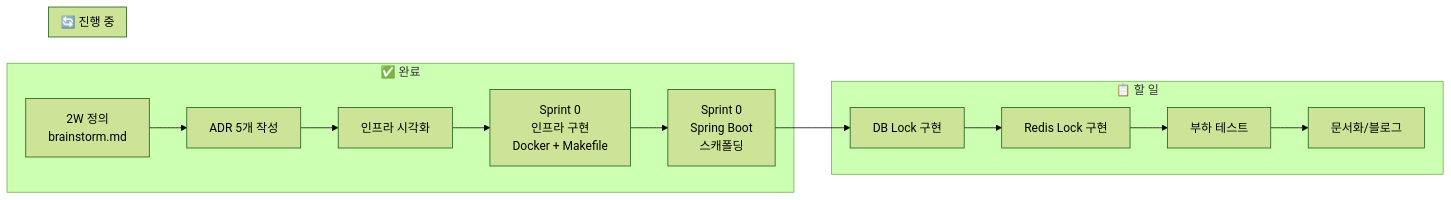
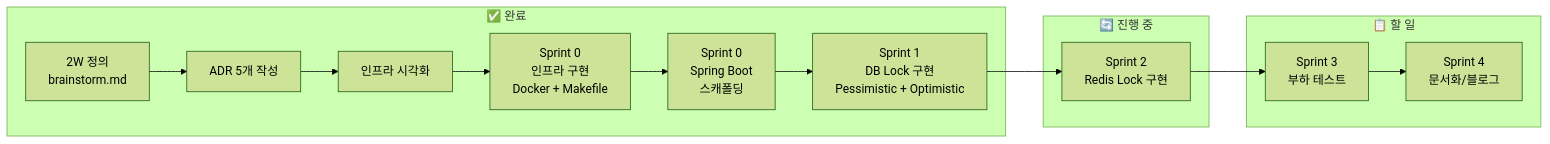
The second of 2 diagrams in how-diagram.md (JuJin1324/concurrency-control-poc), drawn with Mermaid (forest theme) before and after one commit. The commit also changed other lines of this file and 2 other files, not shown here.

First line of the commit message:
docs: start Sprint 2 with Redis Lock implementation plan

````diff
--- a/how-diagram.md
+++ b/how-diagram.md
@@ -62,30 +62,29 @@
 ```mermaid
 flowchart LR
     subgraph Done["✅ 완료"]
         D1[2W 정의<br/>brainstorm.md]
         D2[ADR 5개 작성]
         D3[인프라 시각화]
         D4[Sprint 0<br/>인프라 구현<br/>Docker + Makefile]
         D5[Sprint 0<br/>Spring Boot<br/>스캐폴딩]
+        D6[Sprint 1<br/>DB Lock 구현<br/>Pessimistic + Optimistic]
     end
 
     subgraph InProgress["🔄 진행 중"]
-        
+        T3[Sprint 2<br/>Redis Lock 구현]
     end
 
     subgraph Todo["📋 할 일"]
-        T2[DB Lock 구현]
-        T3[Redis Lock 구현]
-        T4[부하 테스트]
-        T5[문서화/블로그]
+        T4[Sprint 3<br/>부하 테스트]
+        T5[Sprint 4<br/>문서화/블로그]
     end
 
     D1 --> D2
     D2 --> D3
     D3 --> D4
     D4 --> D5
-    D5 --> T2
-    T2 --> T3
+    D5 --> D6
+    D6 --> T3
     T3 --> T4
     T4 --> T5
 ```
````
